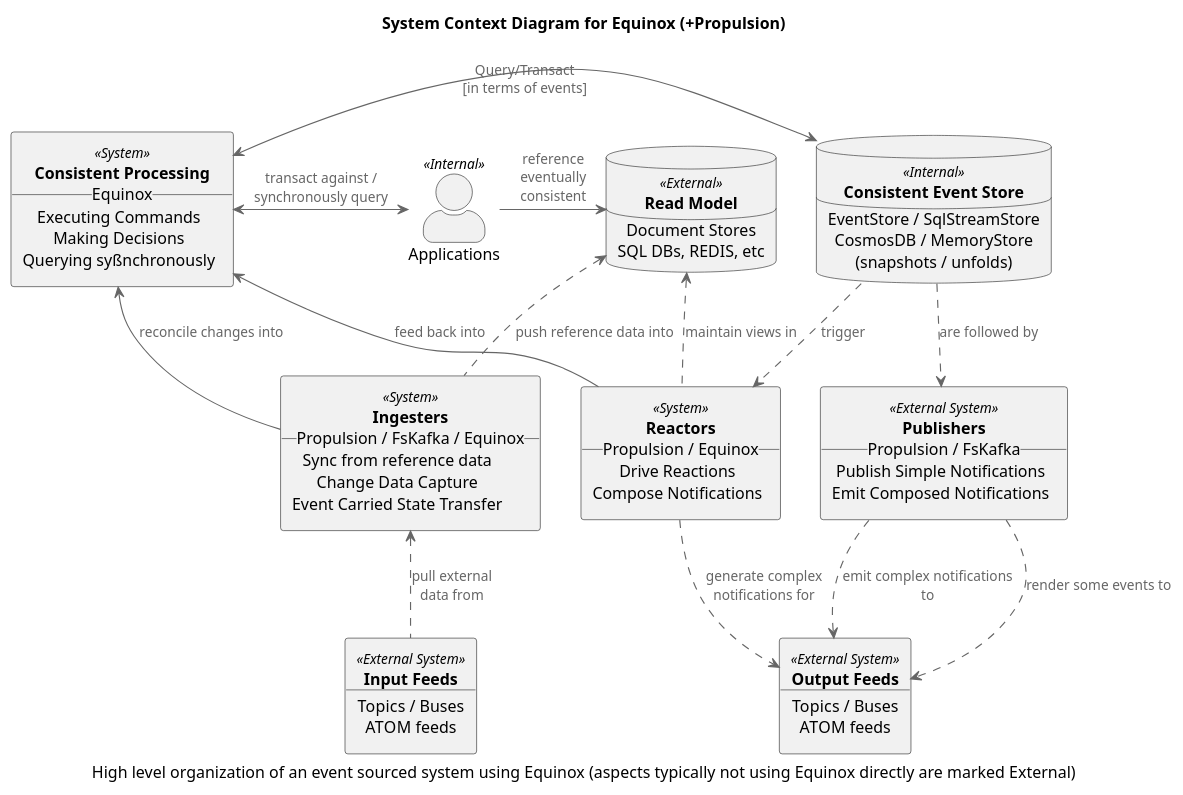
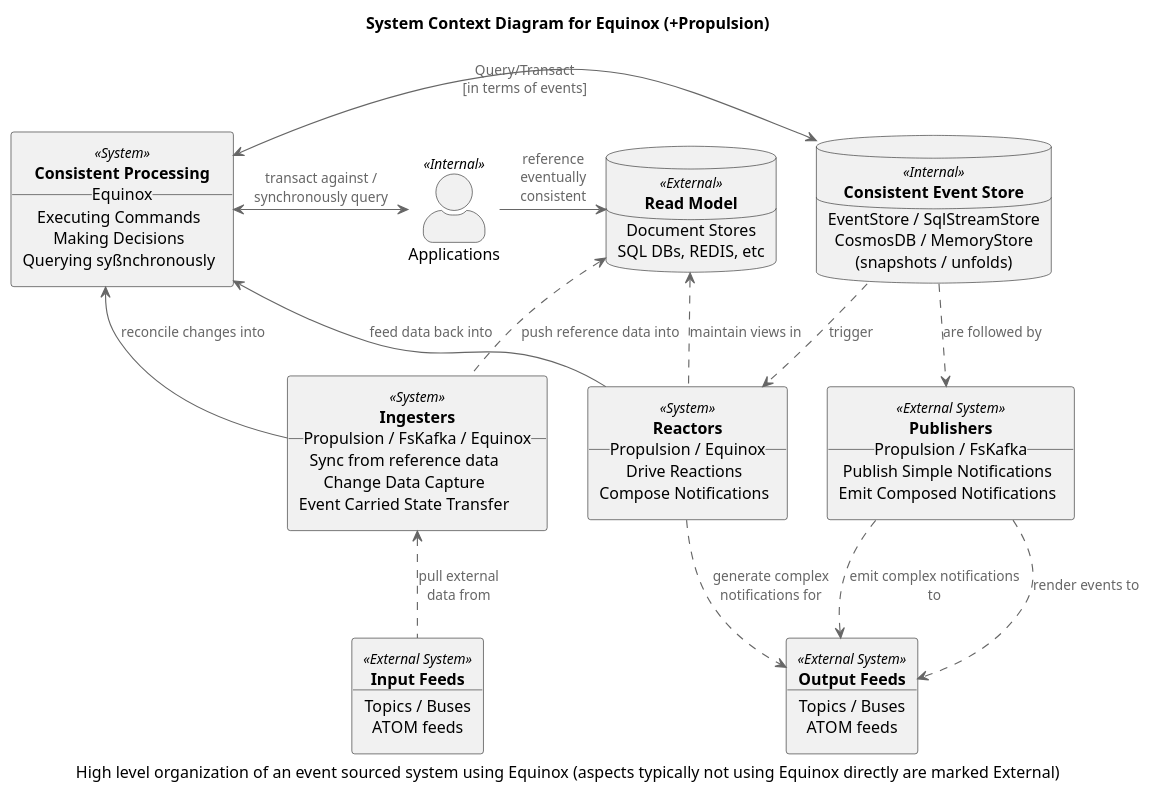
The diagram in diagrams/context.puml (jet/equinox), drawn with PlantUML before and after one commit.

Commit message:
small wording changes

```diff
--- a/diagrams/context.puml
+++ b/diagrams/context.puml
@@ -1,87 +1,87 @@
 @startuml
 !includeurl https://raw.githubusercontent.com/skleanthous/C4-PlantumlSkin/master/build/output/c4.puml
 
 title System Context Diagram for Equinox (+Propulsion)
 caption High level organization of an event sourced system using Equinox (aspects typically not using Equinox directly are marked External)
 
 actor "Applications" <<Internal>> as apps
 
 rectangle services <<System>> [
     **Consistent Processing**
     __Equinox__
     Executing Commands
     Making Decisions
     Querying syßnchronously
 ]
 
 database stores <<Internal>> [
     **Consistent Event Store**
     ____
     EventStore / SqlStreamStore
     CosmosDB / MemoryStore
     (snapshots / unfolds)
 ]
 
 database caches <<External>> [
     **Read Model**
     ____
     Document Stores 
     SQL DBs, REDIS, etc
 ]
 
 together {
     rectangle ingesters <<System>> [
         **Ingesters**
         __Propulsion / FsKafka / Equinox__
         Sync from reference data
         Change Data Capture
         Event Carried State Transfer
     ]
     rectangle reactors <<System>> [
         **Reactors**
         __Propulsion / Equinox__
         Drive Reactions
         Compose Notifications
     ]
     rectangle publishers <<External System>> [
         **Publishers**
         __Propulsion / FsKafka__
         Publish Simple Notifications
         Emit Composed Notifications
     ]
 }
 
 rectangle inputs <<External System>> [
     **Input Feeds**
     ____
     Topics / Buses
     ATOM feeds 
 ]
 
 rectangle outputs <<External System>> [
     **Output Feeds**
     ____
     Topics / Buses
     ATOM feeds
 ]
 
 apps          -> caches     : reference\neventually\nconsistent
 apps       <-L-> services   : transact against /\nsynchronously query
 
 services   <-R-> stores     : Query/Transact\n[in terms of events]
 
 stores       ..> publishers : are followed by
 stores       ..> reactors   : trigger
 
-reactors     --> services   : feed back into
+reactors     --> services   : feed data back into
 reactors     ..> outputs    : generate complex\nnotifications for
 reactors    .U.> caches     : maintain views in
 
 publishers   ..> outputs    : emit complex notifications to
-publishers   ..> outputs    : render some events to
+publishers   ..> outputs    : render events to
 
 ingesters  <..   inputs     : pull external\ndata from
 ingesters    --> services   : reconcile changes into
 ingesters   .U.> caches     : push reference data into
 
 @enduml
```
